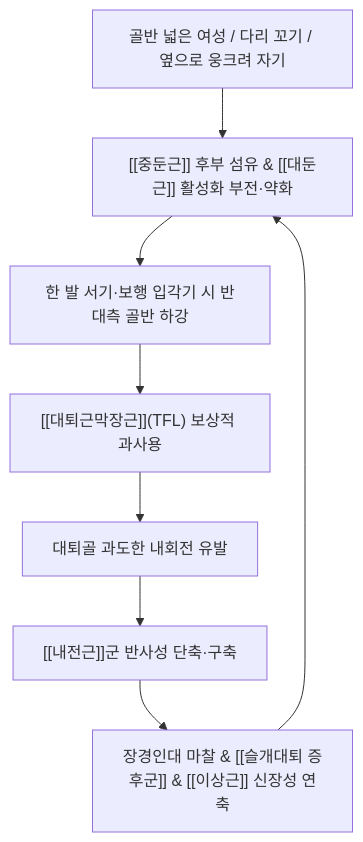
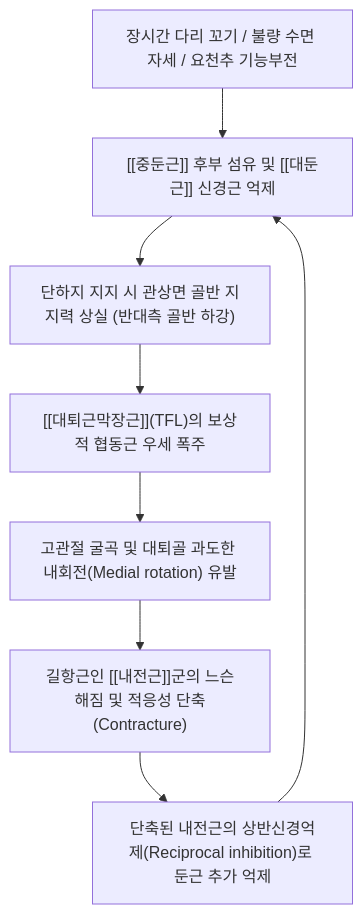
One commit to simbio11/simbio-digital-garden2 changed the first of 3 diagrams in content/3. 이론 공부/질환/근골격계 질환/하지/고관절 내전 증후군.md. Above: the diagram before and after it, drawn with Mermaid. The commit also changed other lines of this file and 350 other files, not shown here.

````diff
--- a/content/3. 이론 공부/질환/근골격계 질환/하지/고관절 내전 증후군.md
+++ b/content/3. 이론 공부/질환/근골격계 질환/하지/고관절 내전 증후군.md
@@ -73,10 +102,10 @@
 ```mermaid
-graph TD
-    Habit["골반 넓은 여성 / 다리 꼬기 / 옆으로 웅크려 자기"] --> WeakGlute["[[중둔근]] 후부 섬유 & [[대둔근]] 활성화 부전·약화"]
-    WeakGlute --> PelvicDrop["한 발 서기·보행 입각기 시 반대측 골반 하강"]
-    PelvicDrop --> TFLComp["[[대퇴근막장근]](TFL) 보상적 과사용"]
-    TFLComp --> MedRot["대퇴골 과도한 내회전 유발"]
-    MedRot --> AddSpasm["[[내전근]]군 반사성 단축·구축"]
-    AddSpasm --> ITBFriction["장경인대 마찰 & [[슬개대퇴 증후군]] & [[이상근]] 신장성 연축"]
-    ITBFriction --> WeakGlute
+flowchart TD
+    A["장시간 다리 꼬기 / 불량 수면 자세 / 요천추 기능부전"] --> B["[[중둔근]] 후부 섬유 및 [[대둔근]] 신경근 억제"]
+    B --> C["단하지 지지 시 관상면 골반 지지력 상실 (반대측 골반 하강)"]
+    C --> D["[[대퇴근막장근]](TFL)의 보상적 협동근 우세 폭주"]
+    D --> E["고관절 굴곡 및 대퇴골 과도한 내회전(Medial rotation) 유발"]
+    E --> F["길항근인 [[내전근]]군의 느슨해짐 및 적응성 단축(Contracture)"]
+    F --> G["단축된 내전근의 상반신경억제(Reciprocal inhibition)로 둔근 추가 억제"]
+    G --> B
 ```
````
